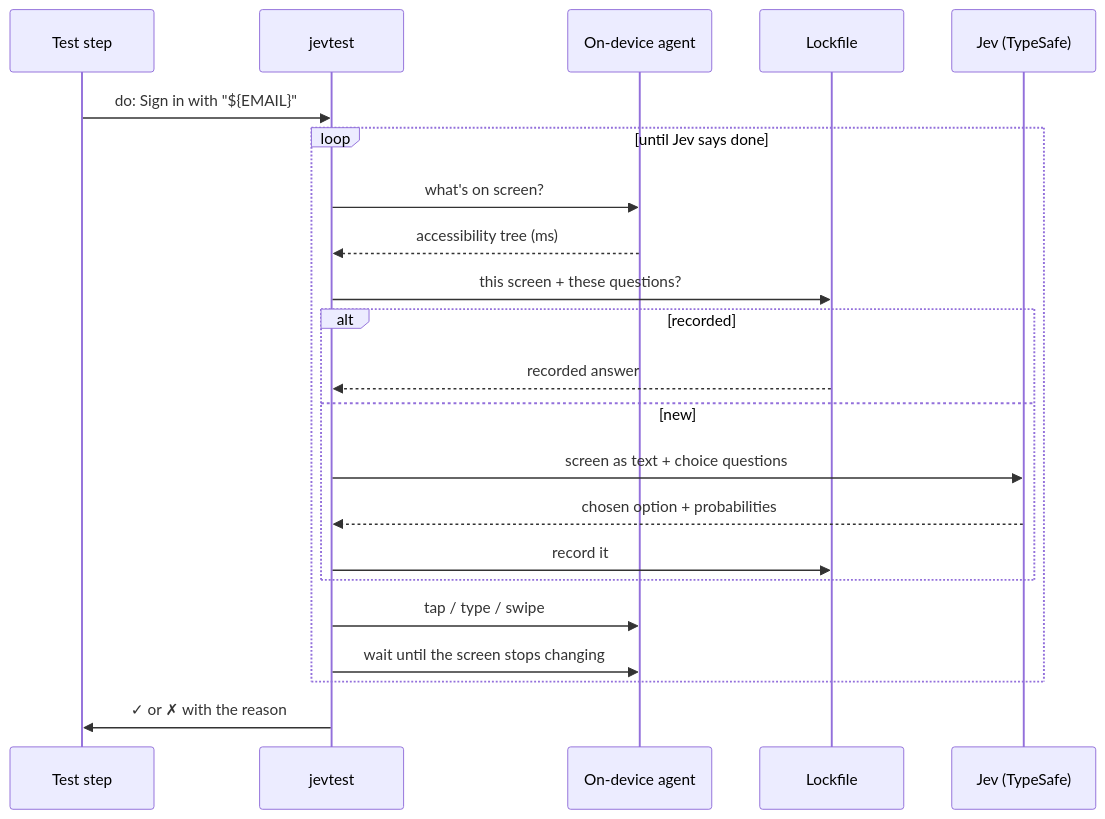
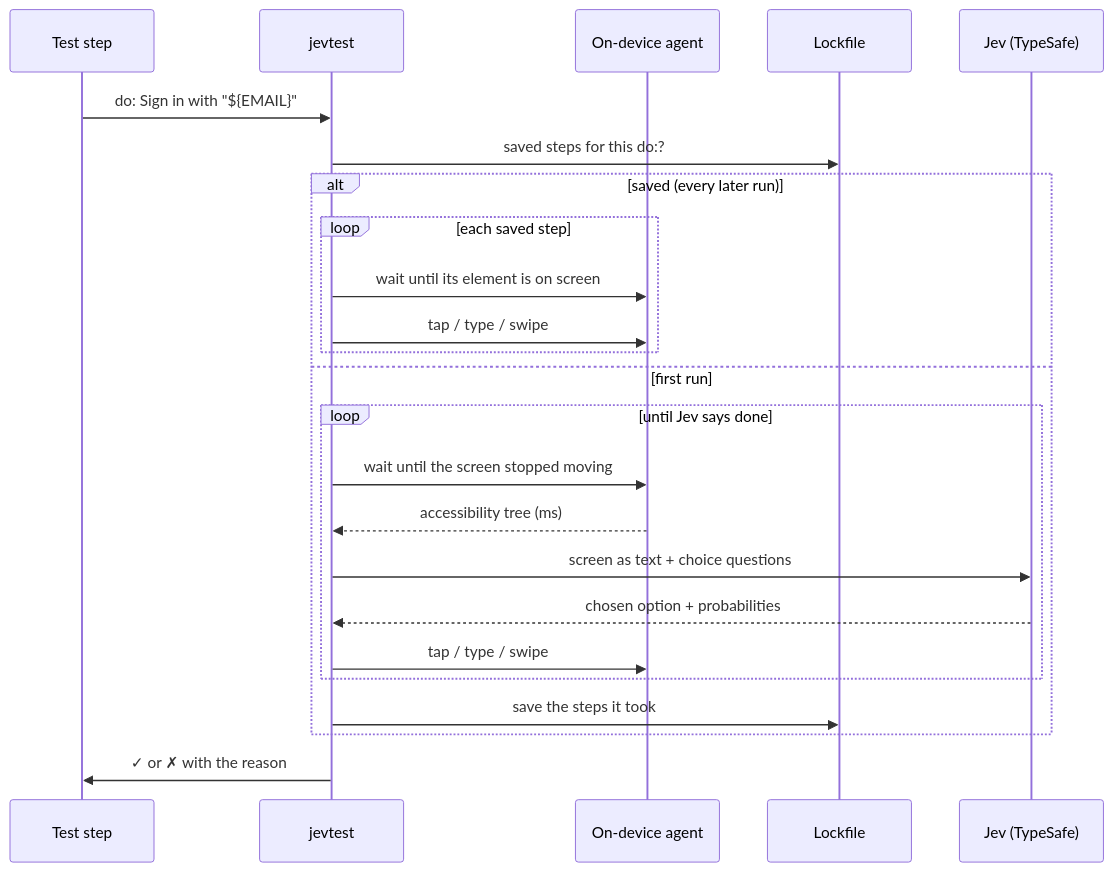
Before and after one commit to Just-Betr/jevtest: the diagram in docs/how-it-works.md, drawn with Mermaid. The commit also changed other lines of this file and 45 other files, not shown here.

First line of the commit message:
Every wait is a wait until; do: goals are worked out once, then repeated

````diff
--- a/docs/how-it-works.md
+++ b/docs/how-it-works.md
@@ -5,24 +5,26 @@
 ```mermaid
 sequenceDiagram
     participant T as Test step
     participant J as jevtest
     participant A as On-device agent
     participant L as Lockfile
     participant M as Jev (TypeSafe)
     T->>J: do: Sign in with "${EMAIL}"
-    loop until Jev says done
-        J->>A: what's on screen?
-        A-->>J: accessibility tree (ms)
-        J->>L: this screen + these questions?
-        alt recorded
-            L-->>J: recorded answer
-        else new
+    J->>L: saved steps for this do:?
+    alt saved (every later run)
+        loop each saved step
+            J->>A: wait until its element is on screen
+            J->>A: tap / type / swipe
+        end
+    else first run
+        loop until Jev says done
+            J->>A: wait until the screen stopped moving
+            A-->>J: accessibility tree (ms)
             J->>M: screen as text + choice questions
             M-->>J: chosen option + probabilities
-            J->>L: record it
+            J->>A: tap / type / swipe
         end
-        J->>A: tap / type / swipe
-        J->>A: wait until the screen stops changing
+        J->>L: save the steps it took
     end
     J->>T: ✓ or ✗ with the reason
 ```
````
